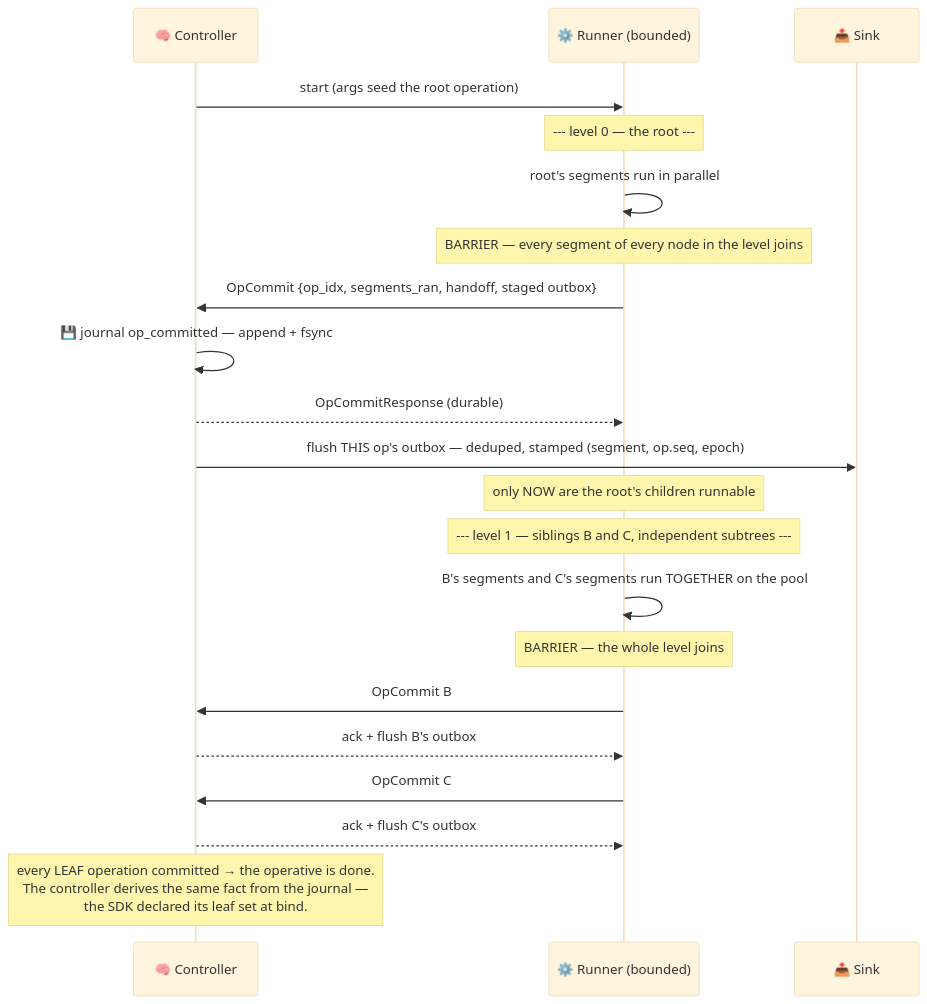
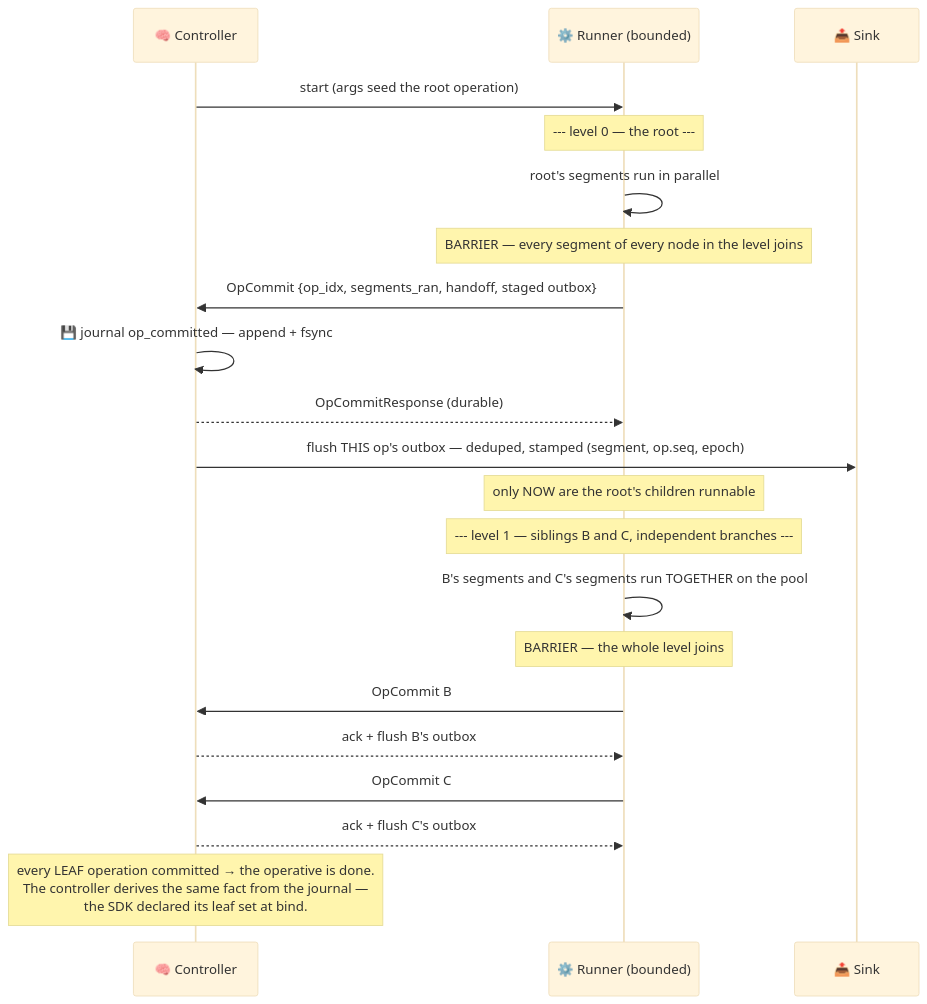
One commit to Flezha/flezha changed the second of 8 diagrams in docs/architecture/bounded_profile.md. Above: the diagram before and after it, drawn with Mermaid (base theme). The commit also changed other lines of this file and 101 other files, not shown here.

````diff
--- a/docs/architecture/bounded_profile.md
+++ b/docs/architecture/bounded_profile.md
@@ -103,25 +105,25 @@
 ```mermaid
 sequenceDiagram
     participant CTRL as 🧠 Controller
     participant EX as ⚙️ Runner (bounded)
     participant SINK as 📤 Sink
 
     CTRL->>EX: start (args seed the root operation)
     Note over EX: --- level 0 — the root ---
     EX->>EX: root's segments run in parallel
     Note over EX: BARRIER — every segment of every node in the level joins
     EX->>CTRL: OpCommit {op_idx, segments_ran, handoff, staged outbox}
     CTRL->>CTRL: 💾 journal op_committed — append + fsync
     CTRL-->>EX: OpCommitResponse (durable)
     CTRL->>SINK: flush THIS op's outbox — deduped, stamped (segment, op.seq, epoch)
     Note over EX: only NOW are the root's children runnable
 
-    Note over EX: --- level 1 — siblings B and C, independent subtrees ---
+    Note over EX: --- level 1 — siblings B and C, independent branches ---
     EX->>EX: B's segments and C's segments run TOGETHER on the pool
     Note over EX: BARRIER — the whole level joins
     EX->>CTRL: OpCommit B
     CTRL-->>EX: ack + flush B's outbox
     EX->>CTRL: OpCommit C
     CTRL-->>EX: ack + flush C's outbox
     Note over CTRL: every LEAF operation committed → the operative is done.<br/>The controller derives the same fact from the journal —<br/>the SDK declared its leaf set at bind.
 ```
````
